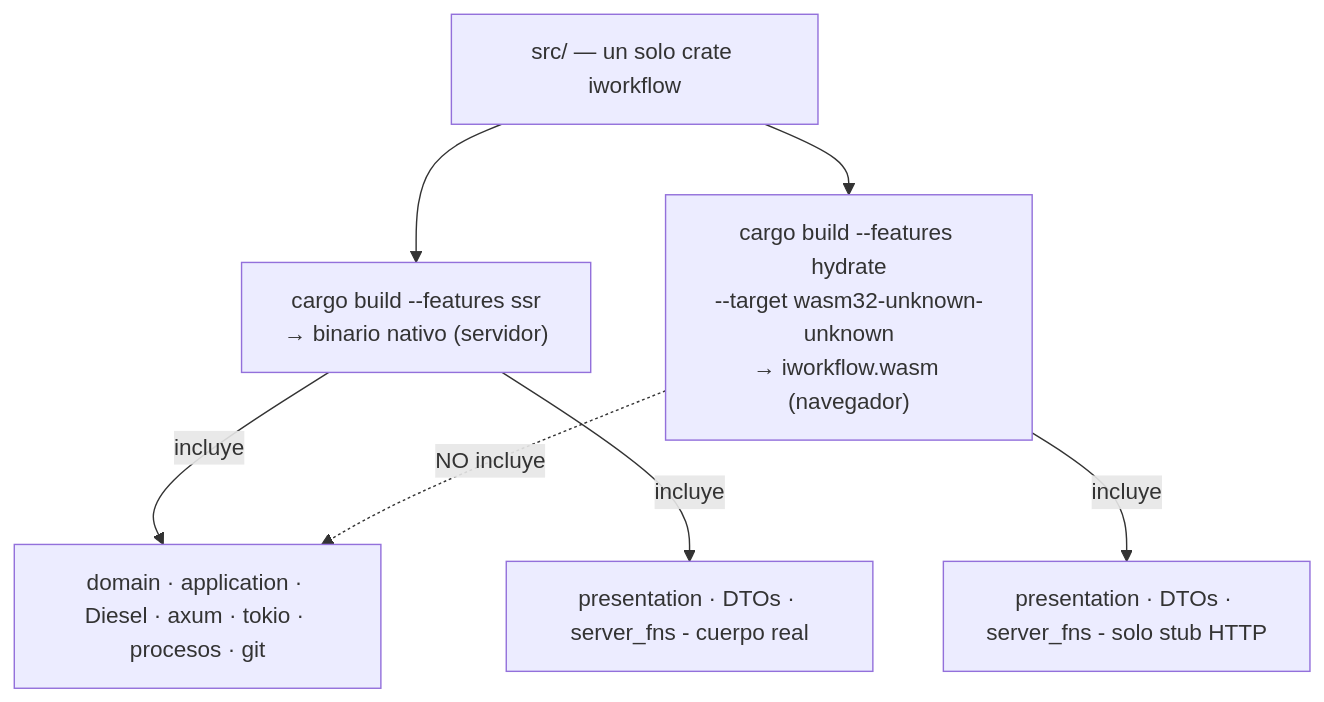
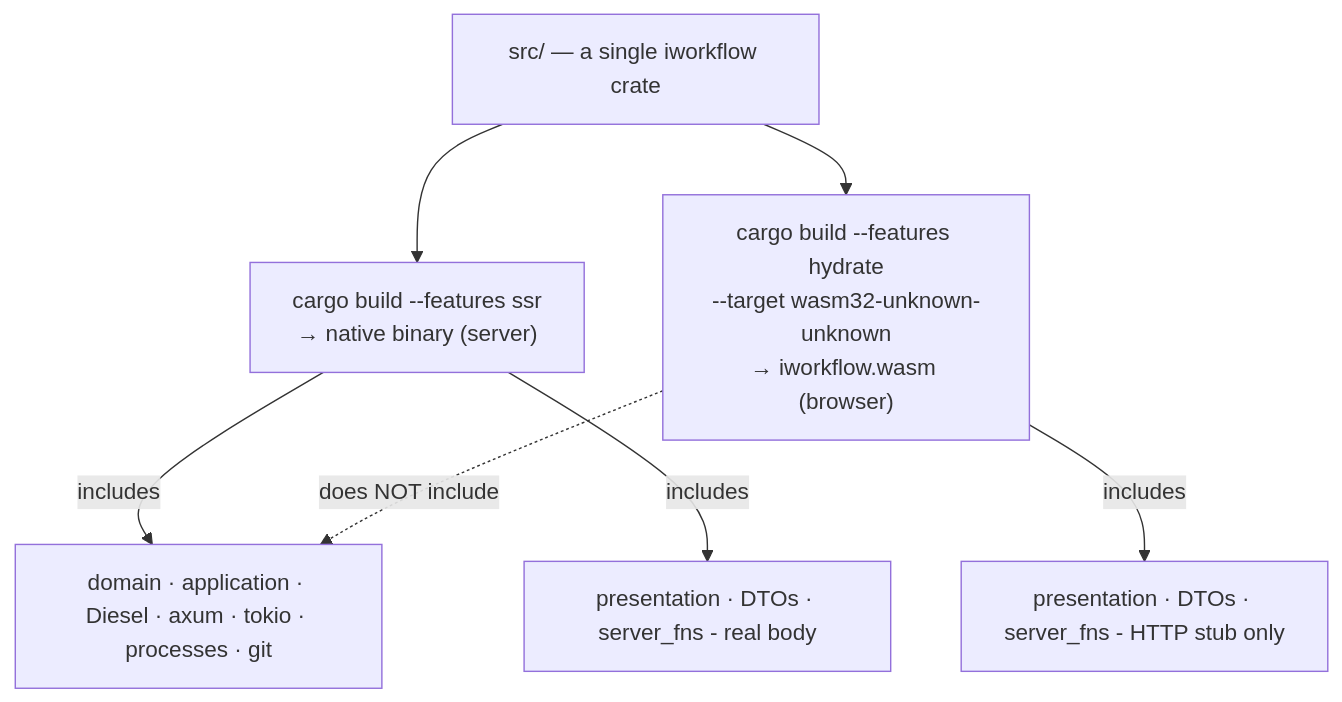
Before and after one commit to plopezm/iworkflow: the third of 12 diagrams in ARCHITECTURE.md, drawn with Mermaid. The commit also changed other lines of this file and 5 other files, not shown here.

````diff
--- a/ARCHITECTURE.md
+++ b/ARCHITECTURE.md
@@ -135,9 +137,9 @@
 ```mermaid
 flowchart TB
-    SRC[src/ — un solo crate iworkflow] --> SSR["cargo build --features ssr<br/>→ binario nativo (servidor)"]
-    SRC --> HYD["cargo build --features hydrate<br/>--target wasm32-unknown-unknown<br/>→ iworkflow.wasm (navegador)"]
-    SSR --> |incluye| D1[domain · application · Diesel · axum · tokio · procesos · git]
-    SSR --> |incluye| P1[presentation · DTOs · server_fns - cuerpo real]
-    HYD --> |incluye| P2[presentation · DTOs · server_fns - solo stub HTTP]
-    HYD -. NO incluye .-> D1
+    SRC[src/ — a single iworkflow crate] --> SSR["cargo build --features ssr<br/>→ native binary (server)"]
+    SRC --> HYD["cargo build --features hydrate<br/>--target wasm32-unknown-unknown<br/>→ iworkflow.wasm (browser)"]
+    SSR --> |includes| D1[domain · application · Diesel · axum · tokio · processes · git]
+    SSR --> |includes| P1[presentation · DTOs · server_fns - real body]
+    HYD --> |includes| P2[presentation · DTOs · server_fns - HTTP stub only]
+    HYD -. does NOT include .-> D1
 ```
````
